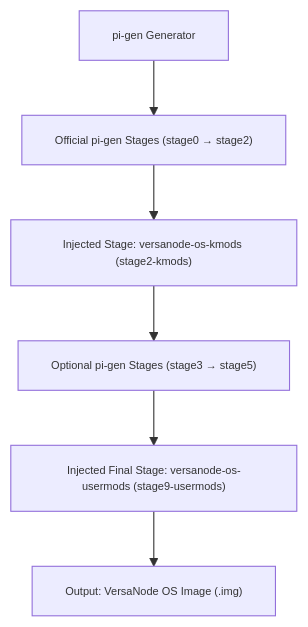
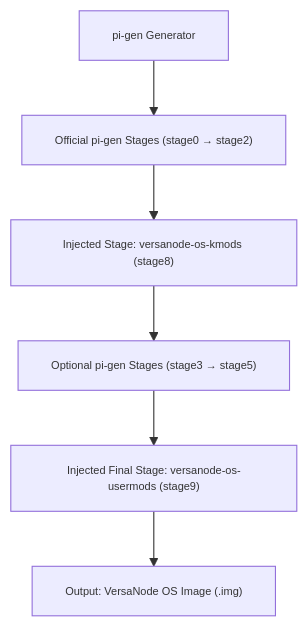
Before and after one commit to Versa-Node/versanode-os: the diagram in README.md, drawn with Mermaid. The commit also changed other lines of this file and 3 other files, not shown here.

````diff
--- a/README.md
+++ b/README.md
@@ -34,9 +34,9 @@
 ```mermaid
 %%{init: {"theme": "default", "themeVariables": { "fontSize": "10px", "fontFamily": "Arial", "lineHeight": "1", "nodeSpacing": "10", "rankSpacing": "10"}}}%%
 flowchart TD
     A["pi-gen Generator"] --> B["Official pi-gen Stages (stage0 → stage2)"]
-    B --> C["Injected Stage: versanode-os-kmods (stage2-kmods)"]
+    B --> C["Injected Stage: versanode-os-kmods (stage8)"]
     C --> D["Optional pi-gen Stages (stage3 → stage5)"]
-    D --> E["Injected Final Stage: versanode-os-usermods (stage9-usermods)"]
+    D --> E["Injected Final Stage: versanode-os-usermods (stage9)"]
     E --> F["Output: VersaNode OS Image (.img)"]
 ```
````
